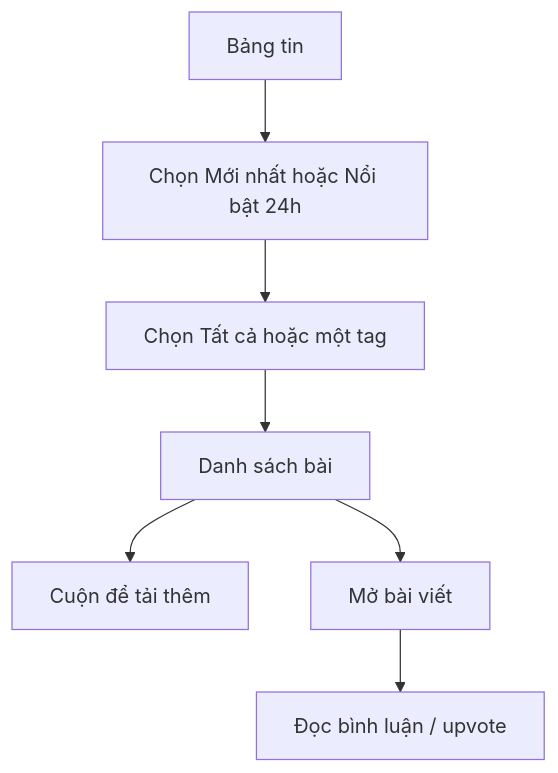
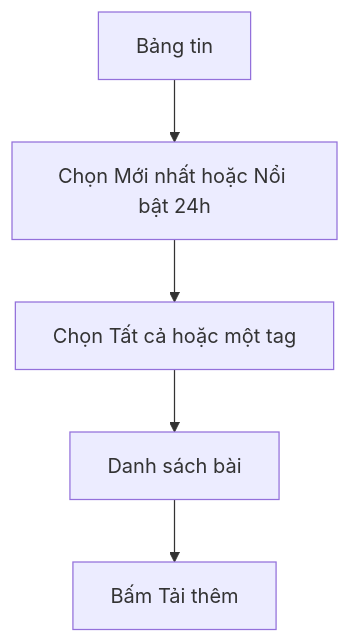
Before and after one commit to NgnTienDat/TheOU: the second of 3 diagrams in docs/03-UI-UX-SPEC.md, drawn with Mermaid. The commit also changed other lines of this file and 28 other files, not shown here.

````diff
--- a/docs/03-UI-UX-SPEC.md
+++ b/docs/03-UI-UX-SPEC.md
@@ -64,9 +64,7 @@
 ```mermaid
 flowchart TD
   A[Bảng tin] --> B[Chọn Mới nhất hoặc Nổi bật 24h]
   B --> C[Chọn Tất cả hoặc một tag]
   C --> D[Danh sách bài]
-  D --> E[Cuộn để tải thêm]
-  D --> F[Mở bài viết]
-  F --> G[Đọc bình luận / upvote]
+  D --> E[Bấm Tải thêm]
 ```
````
